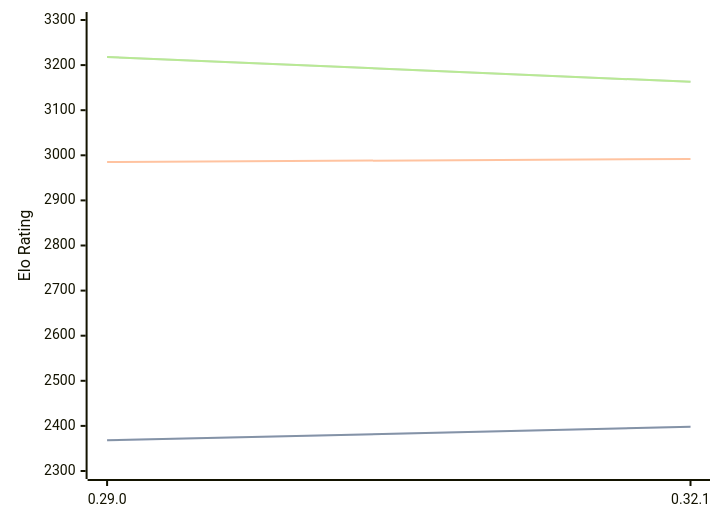
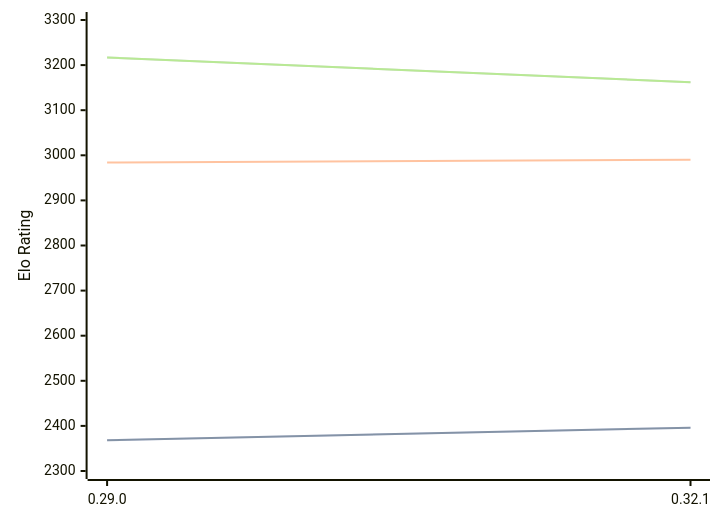
Before and after one commit to computer-chess-index/cci: the diagram in engines/Lc0.md, drawn with Mermaid. The commit also changed other lines of this file, not shown here.

Commit message:
Update CCI Ratings (ELO VLTC) - 2026-08-04

````diff
--- a/engines/Lc0.md
+++ b/engines/Lc0.md
@@ -68,11 +68,11 @@
 ```mermaid
 %%{init: {"theme":"base","themeVariables":{"seriesColors:['#a3a3a3','#222221','#faa371']}}}%%
 xychart-beta
   x-axis ["0.29.0", "0.32.1"]
   y-axis "Elo Rating" 2300 --> 3300
-  line "STC (8.0+0.08s)" [2368, 2398]
-  line "STC (8.0+0.08s)" [2368, 2398]
-  line "LTC (60.0+0.60s)" [2985, 2992]
-  line "VLTC (2m24s+1.12s)" [3218, 3163]
-  line "VLTC (2m24s+1.12s)" [3218, 3163]
+  line "STC (8.0+0.08s)" [2368, 2396]
+  line "STC (8.0+0.08s)" [2368, 2396]
+  line "LTC (60.0+0.60s)" [2984, 2990]
+  line "VLTC (2m24s+1.12s)" [3217, 3162]
+  line "VLTC (2m24s+1.12s)" [3217, 3162]
 ```
````
